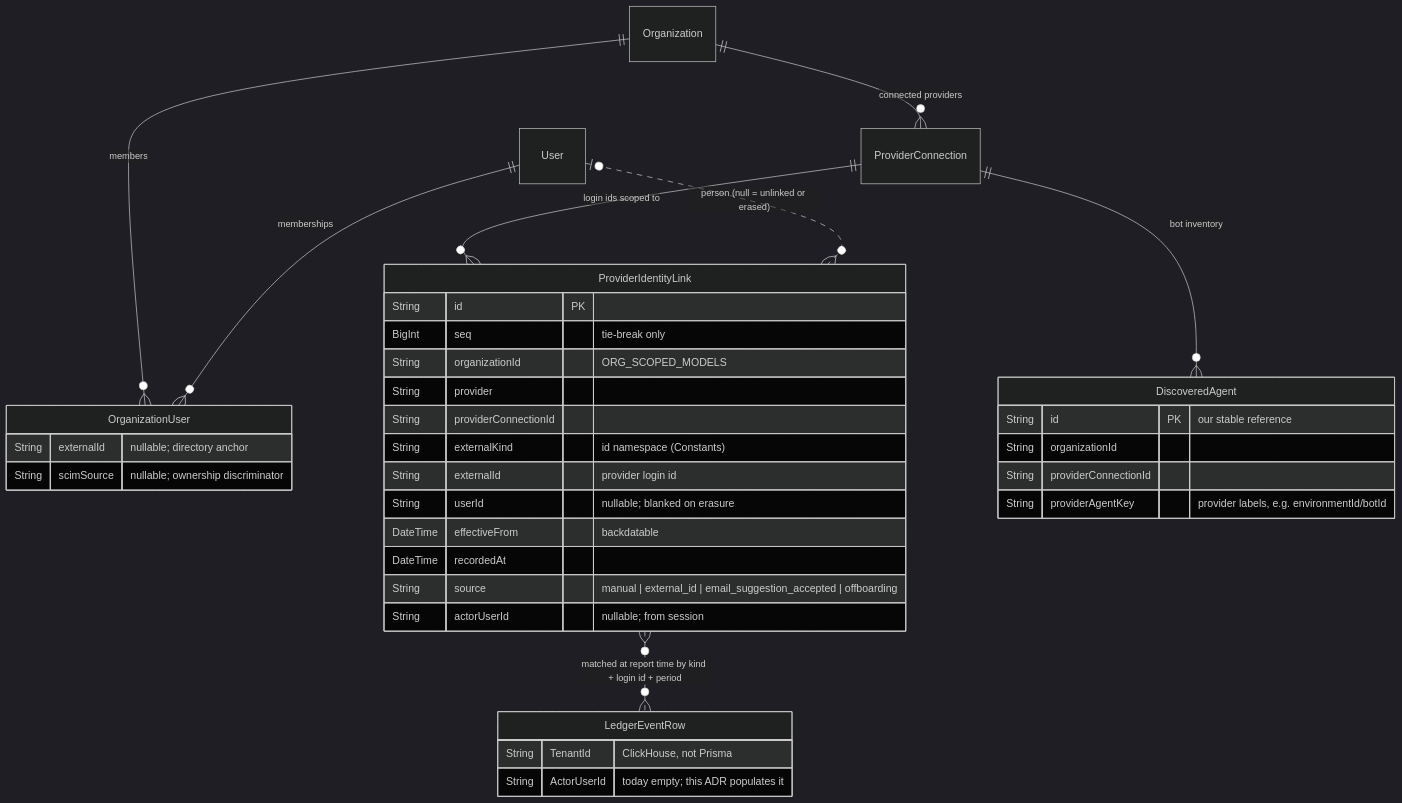
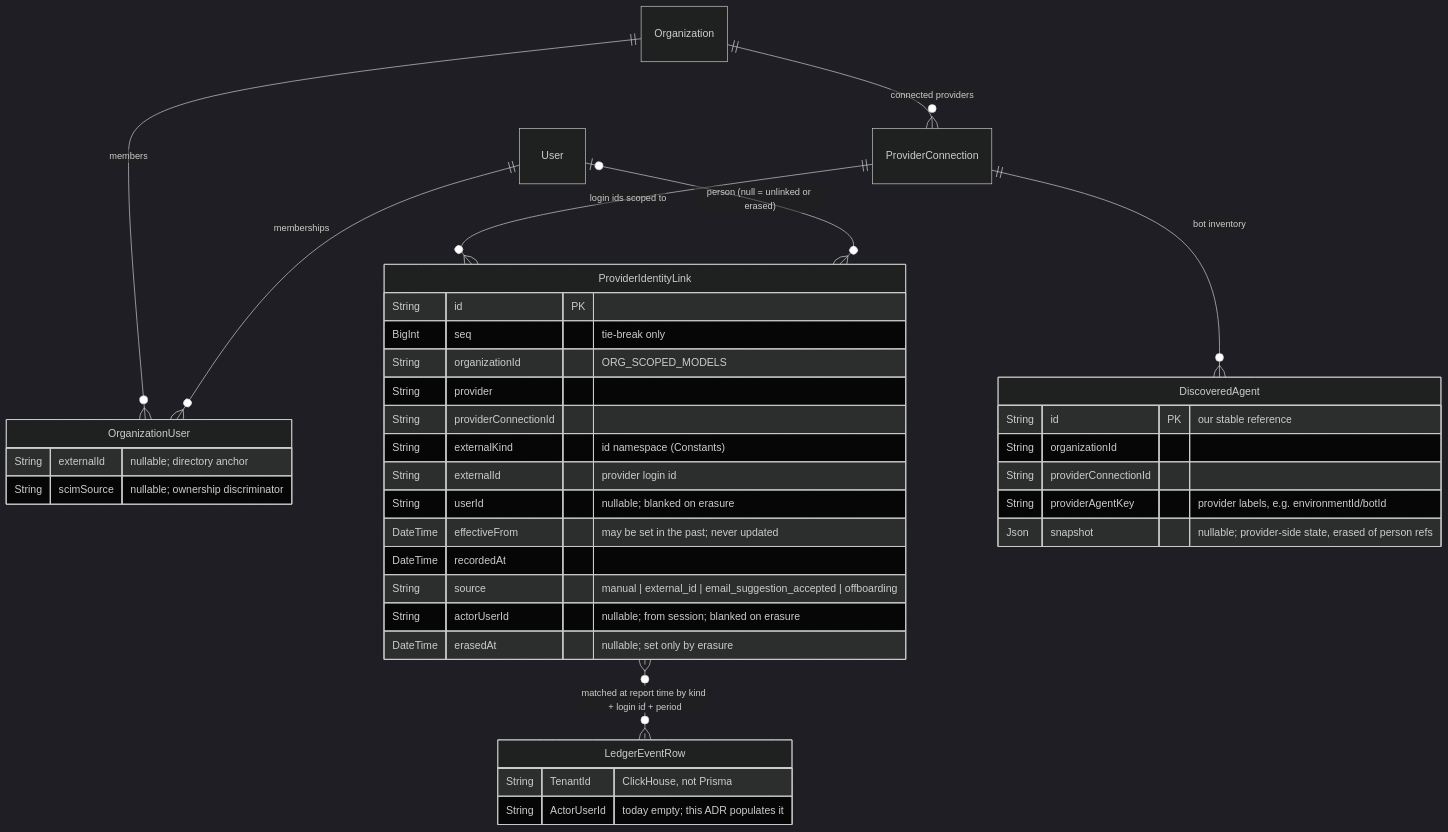
One commit to langwatch/langwatch changed the second of 2 diagrams in dev/docs/adr/094-usage-attribution-login-to-person-links.md. Above: the diagram before and after it, drawn with Mermaid (dark theme). The commit also changed other lines of this file, not shown here.

Commit message:
docs(governance): fold external review as Revisions v4 — keyed-hash erasure token, erasedAt, adapter-declared actor type

````diff
--- a/dev/docs/adr/094-usage-attribution-login-to-person-links.md
+++ b/dev/docs/adr/094-usage-attribution-login-to-person-links.md
@@ -192,42 +206,44 @@
 ```mermaid
 erDiagram
   Organization ||--o{ OrganizationUser : "members"
   User ||--o{ OrganizationUser : "memberships"
   Organization ||--o{ ProviderConnection : "connected providers"
   ProviderConnection ||--o{ ProviderIdentityLink : "login ids scoped to"
-  User |o..o{ ProviderIdentityLink : "person (null = unlinked or erased)"
+  User |o--o{ ProviderIdentityLink : "person (null = unlinked or erased)"
   ProviderConnection ||--o{ DiscoveredAgent : "bot inventory"
   ProviderIdentityLink }o..o{ LedgerEventRow : "matched at report time by kind + login id + period"
 
   ProviderIdentityLink {
     String id PK
     BigInt seq "tie-break only"
     String organizationId "ORG_SCOPED_MODELS"
     String provider
     String providerConnectionId
     String externalKind "id namespace (Constants)"
     String externalId "provider login id"
     String userId "nullable; blanked on erasure"
-    DateTime effectiveFrom "backdatable"
+    DateTime effectiveFrom "may be set in the past; never updated"
     DateTime recordedAt
     String source "manual | external_id | email_suggestion_accepted | offboarding"
-    String actorUserId "nullable; from session"
+    String actorUserId "nullable; from session; blanked on erasure"
+    DateTime erasedAt "nullable; set only by erasure"
   }
 
   OrganizationUser {
     String externalId "nullable; directory anchor"
     String scimSource "nullable; ownership discriminator"
   }
 
   DiscoveredAgent {
     String id PK "our stable reference"
     String organizationId
     String providerConnectionId
     String providerAgentKey "provider labels, e.g. environmentId/botId"
+    Json snapshot "nullable; provider-side state, erased of person refs"
   }
 
   LedgerEventRow {
     String TenantId "ClickHouse, not Prisma"
     String ActorUserId "today empty; this ADR populates it"
   }
 ```
````
